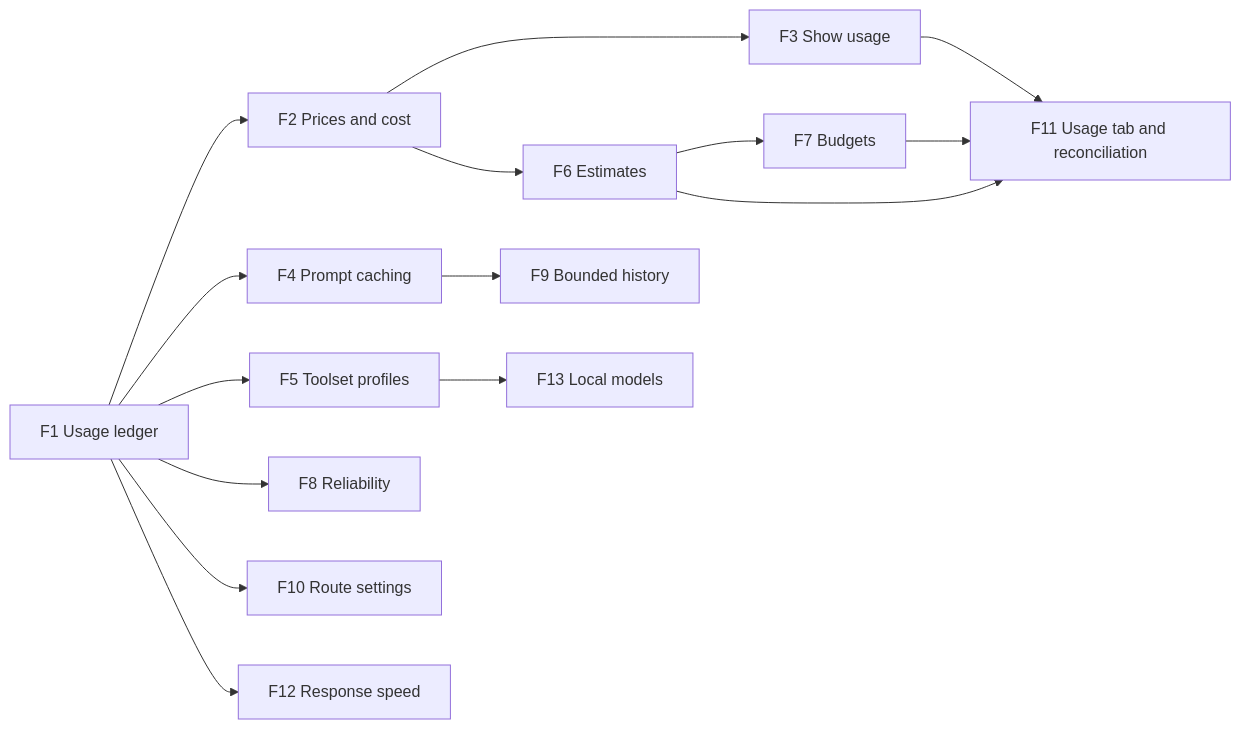
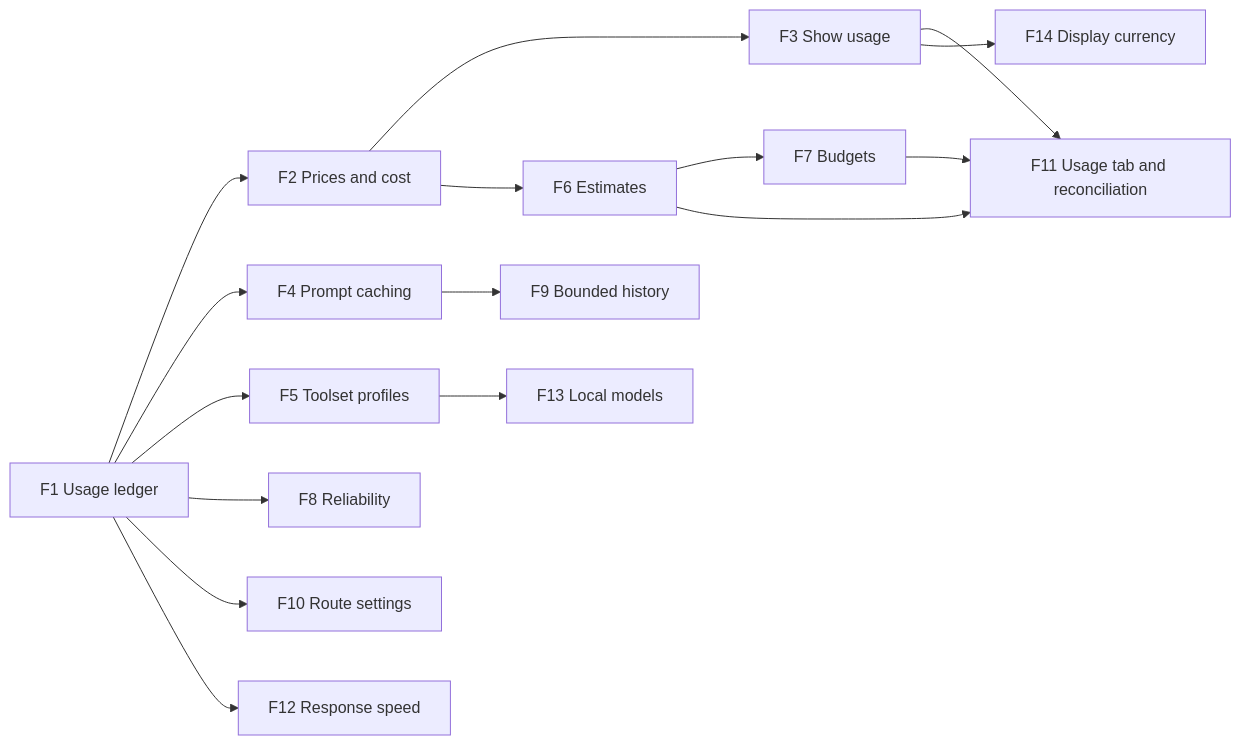
Before and after one commit to bosbevk/louis-agent: the diagram in docs/features/README.md, drawn with Mermaid. The commit also changed other lines of this file and 4 other files, not shown here.

First line of the commit message:
docs(features): F14 display currency, planned after F3

````diff
--- a/docs/features/README.md
+++ b/docs/features/README.md
@@ -44,17 +45,18 @@
 ```mermaid
 flowchart LR
     F1[F1 Usage ledger] --> F2[F2 Prices and cost]
     F1 --> F4[F4 Prompt caching]
     F1 --> F5[F5 Toolset profiles]
     F1 --> F8[F8 Reliability]
     F1 --> F10[F10 Route settings]
     F2 --> F3[F3 Show usage]
     F2 --> F6[F6 Estimates]
     F6 --> F7[F7 Budgets]
     F4 --> F9[F9 Bounded history]
     F3 --> F11[F11 Usage tab and reconciliation]
     F6 --> F11
     F7 --> F11
     F1 --> F12[F12 Response speed]
     F5 --> F13[F13 Local models]
+    F3 --> F14[F14 Display currency]
 ```
````
